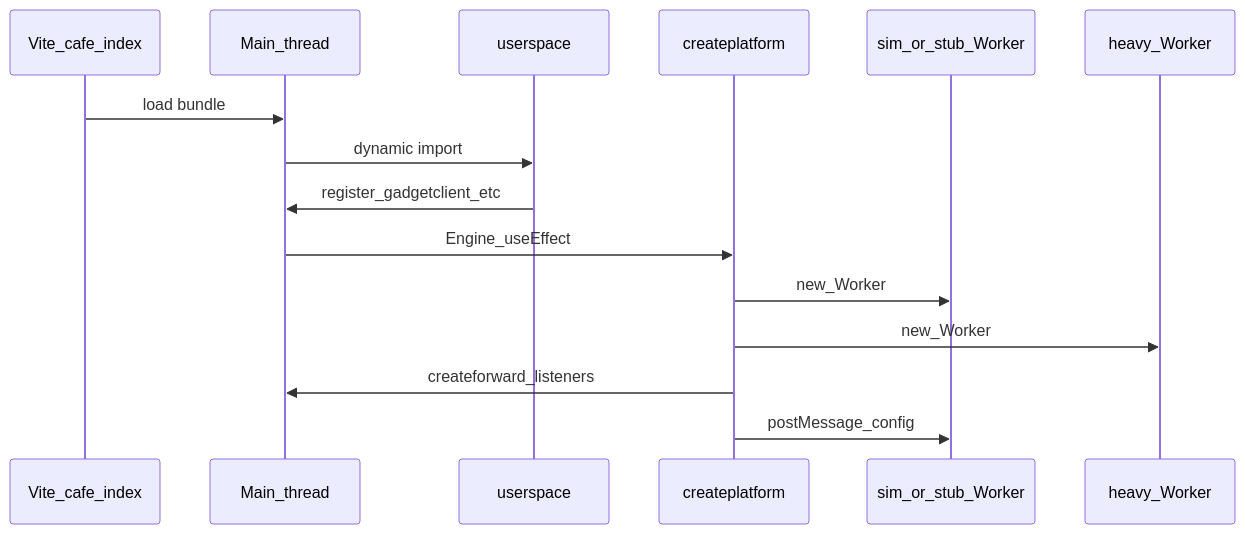
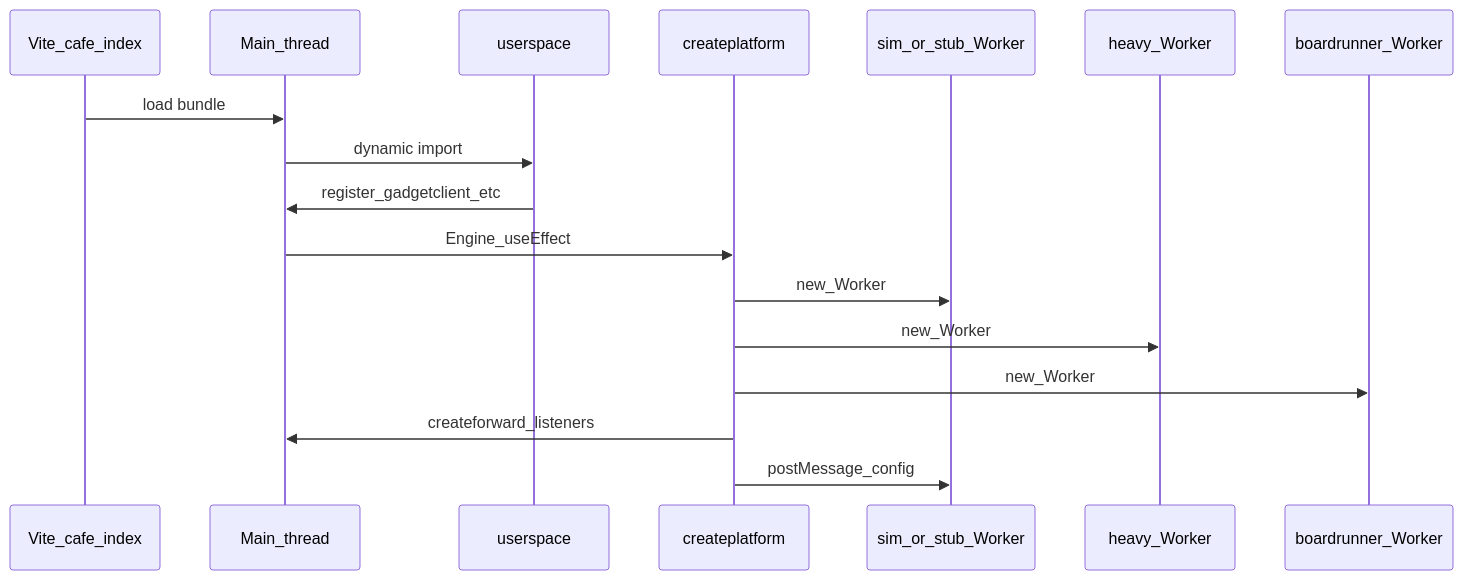
The first of 4 diagrams in zss/device/docs/devices-and-messaging.md (goldbuick/zed-software-system), drawn with Mermaid before and after one commit. The commit also changed other lines of this file and 6 other files, not shown here.

````diff
--- a/zss/device/docs/devices-and-messaging.md
+++ b/zss/device/docs/devices-and-messaging.md
@@ -67,17 +75,19 @@
 ```mermaid
 sequenceDiagram
   participant Vite as Vite_cafe_index
   participant Main as Main_thread
   participant US as userspace
   participant CP as createplatform
   participant Sim as sim_or_stub_Worker
   participant Hy as heavy_Worker
+  participant Br as boardrunner_Worker
   Vite->>Main: load bundle
   Main->>US: dynamic import
   US->>Main: register_gadgetclient_etc
   Main->>CP: Engine_useEffect
   CP->>Sim: new_Worker
   CP->>Hy: new_Worker
+  CP->>Br: new_Worker
   CP->>Main: createforward_listeners
   CP->>Sim: postMessage_config
 ```
````
